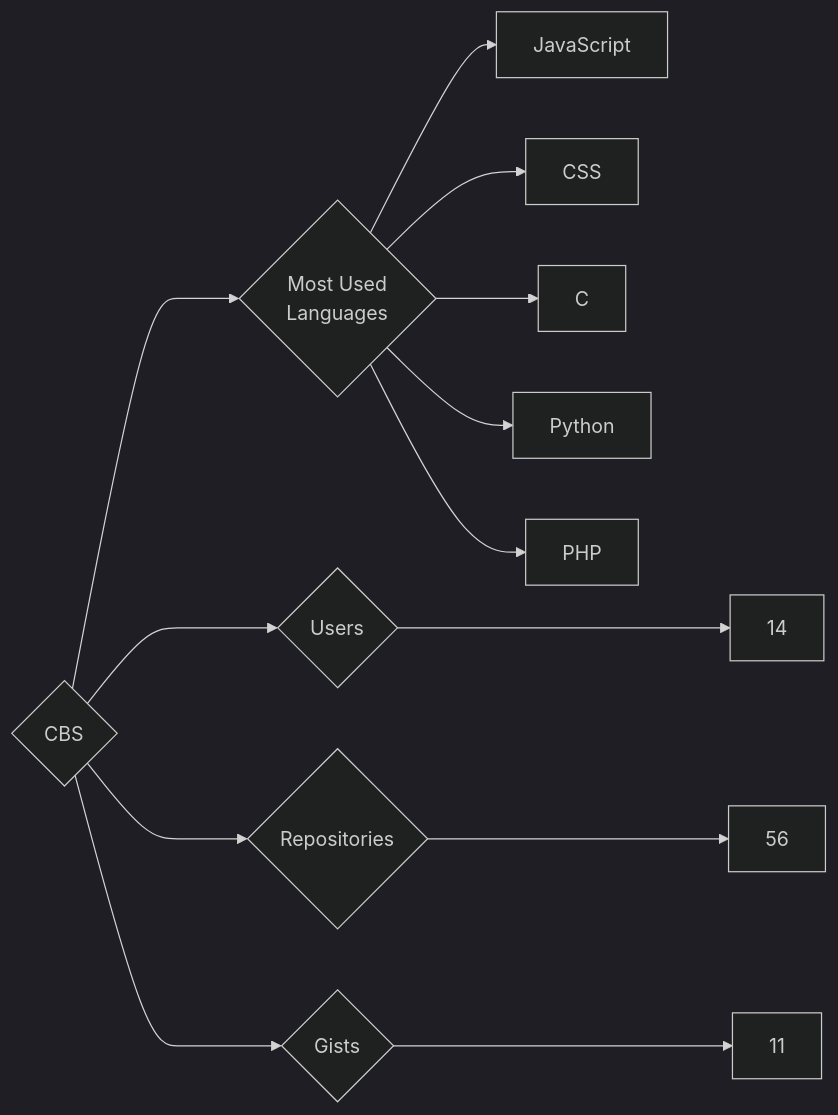
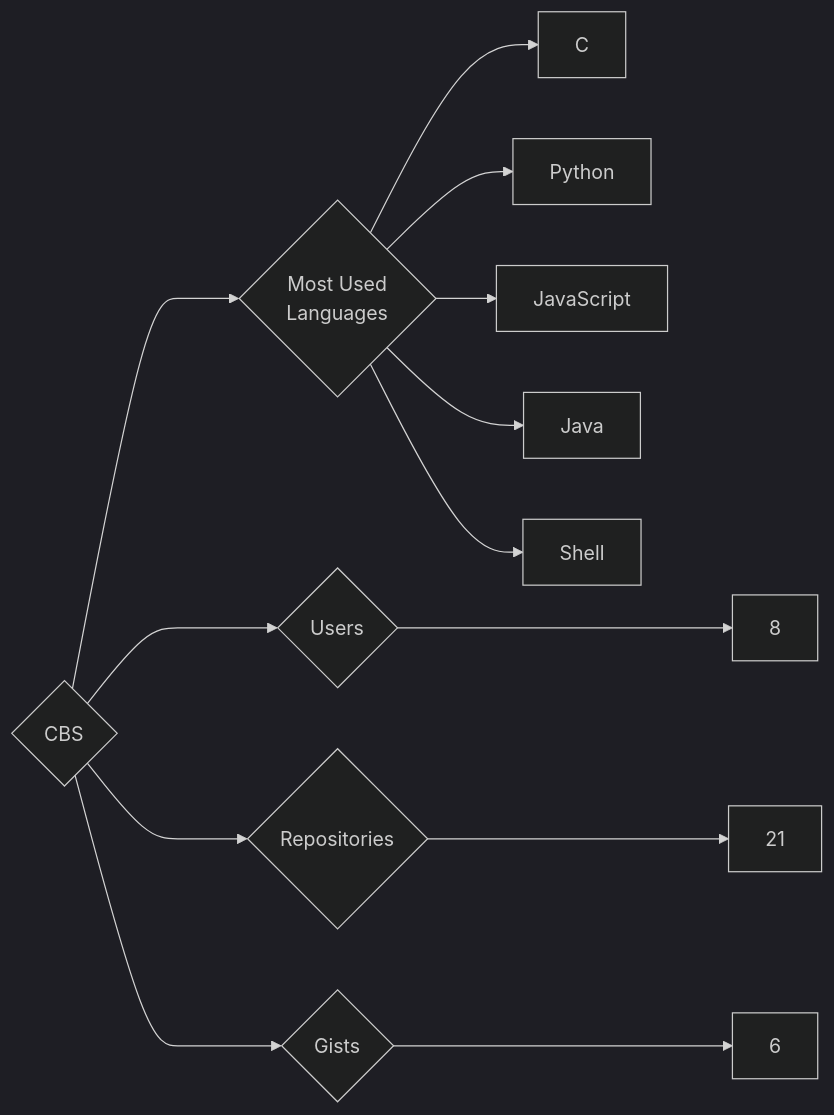
One commit to trickest/insiders changed the diagram in targets/CBS/README.md. Above: the diagram before and after it, drawn with Mermaid (dark theme). The commit also changed 757 other files, not shown here.

````diff
--- a/targets/CBS/README.md
+++ b/targets/CBS/README.md
@@ -3,13 +3,13 @@
 ```mermaid
 graph LR
 COMPANY_NAME{CBS}
-COMPANY_NAME ---> U{Users} ---> UN[14]
-COMPANY_NAME ---> R{Repositories} ---> RN[56]
-COMPANY_NAME ---> G{Gists} ---> GN[11]
+COMPANY_NAME ---> U{Users} ---> UN[8]
+COMPANY_NAME ---> R{Repositories} ---> RN[21]
+COMPANY_NAME ---> G{Gists} ---> GN[6]
 COMPANY_NAME ---> ML{Most Used<br>Languages}
-ML --> JavaScript[JavaScript]
-ML --> CSS[CSS]
 ML --> C[C]
 ML --> Python[Python]
-ML --> PHP[PHP]
+ML --> JavaScript[JavaScript]
+ML --> Java[Java]
+ML --> Shell[Shell]
 ```
````
